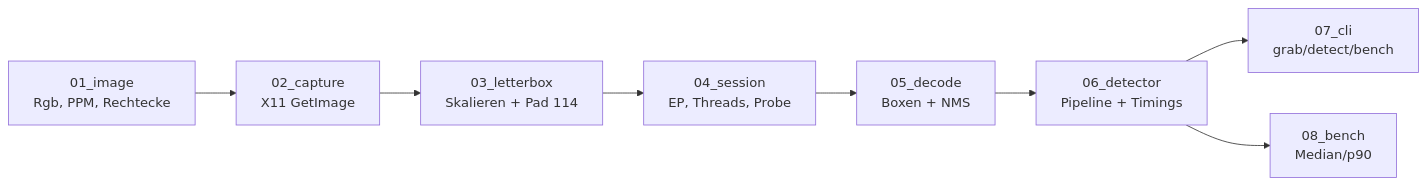
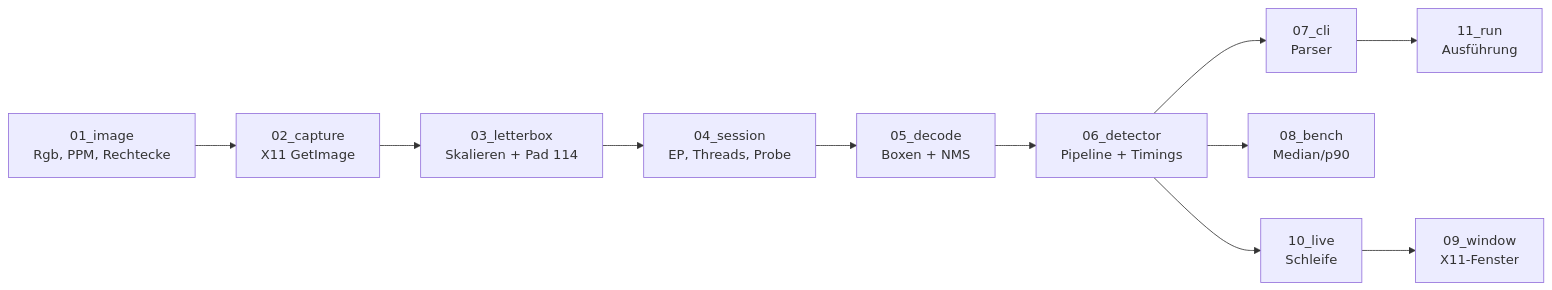
One commit to plops/cl-rust-generator changed the second of 6 diagrams in examples/26_onnx/plan/20260929_01_gui_elements/walkthrough.md. Above: the diagram before and after it, drawn with Mermaid. The commit also changed other lines of this file and 11 other files, not shown here.

````diff
--- a/examples/26_onnx/plan/20260929_01_gui_elements/walkthrough.md
+++ b/examples/26_onnx/plan/20260929_01_gui_elements/walkthrough.md
@@ -161,10 +161,13 @@
 ```mermaid
 flowchart LR
   I[01_image<br/>Rgb, PPM, Rechtecke] --> C[02_capture<br/>X11 GetImage]
   C --> L[03_letterbox<br/>Skalieren + Pad 114]
   L --> S[04_session<br/>EP, Threads, Probe]
   S --> D[05_decode<br/>Boxen + NMS]
   D --> T[06_detector<br/>Pipeline + Timings]
-  T --> CLI[07_cli<br/>grab/detect/bench]
+  T --> CLI[07_cli<br/>Parser]
   T --> B[08_bench<br/>Median/p90]
+  T --> LV[10_live<br/>Schleife]
+  LV --> W[09_window<br/>X11-Fenster]
+  CLI --> R[11_run<br/>Ausführung]
 ```
````
